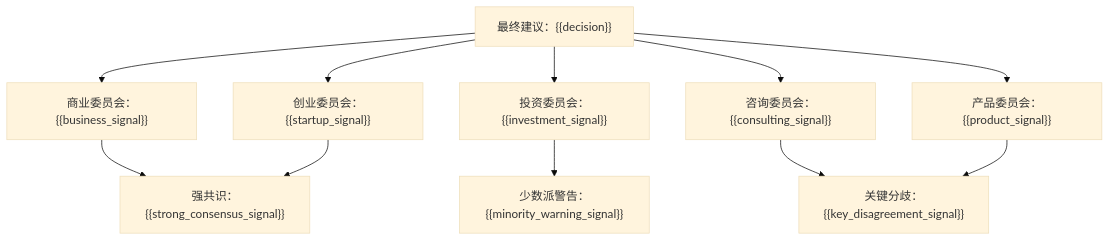
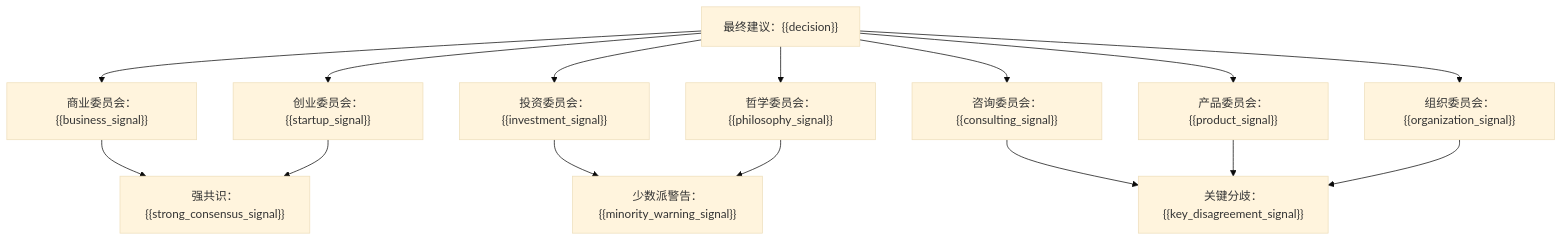
One commit to hehaivictor/superboard changed the second of 3 diagrams in templates/board-memo.md. Above: the diagram before and after it, drawn with Mermaid (base theme). The commit also changed other lines of this file and 97 other files, not shown here.

````diff
--- a/templates/board-memo.md
+++ b/templates/board-memo.md
@@ -78,13 +96,17 @@
 ```mermaid
 flowchart TD
   A["最终建议：{{decision}}"] --> B["商业委员会：{{business_signal}}"]
   A --> C["创业委员会：{{startup_signal}}"]
   A --> D["投资委员会：{{investment_signal}}"]
   A --> E["咨询委员会：{{consulting_signal}}"]
   A --> F["产品委员会：{{product_signal}}"]
+  A --> J["组织委员会：{{organization_signal}}"]
+  A --> K["哲学委员会：{{philosophy_signal}}"]
   B --> G["强共识：{{strong_consensus_signal}}"]
   C --> G
   D --> H["少数派警告：{{minority_warning_signal}}"]
   E --> I["关键分歧：{{key_disagreement_signal}}"]
   F --> I
+  J --> I
+  K --> H
 ```
````
